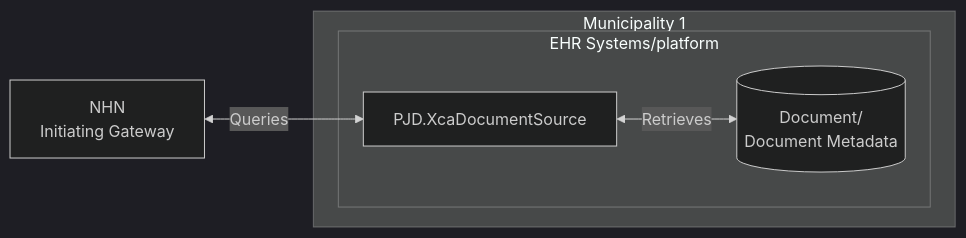
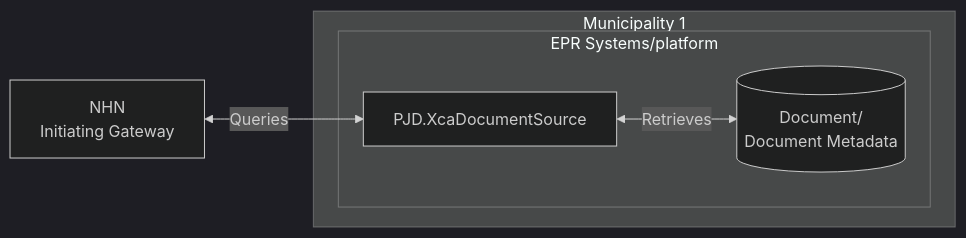
One commit to timmo-nhn/XcaDocumentSource changed the diagram in Docs/UseCases.md. Above: the diagram before and after it, drawn with Mermaid. The commit also changed other lines of this file and 33 other files, not shown here.

````diff
--- a/Docs/UseCases.md
+++ b/Docs/UseCases.md
@@ -16,15 +44,15 @@
 ```mermaid
 %%{init: {'theme':'dark'}}%%
 flowchart LR
 
 nhnxca[NHN<br>Initiating Gateway]
 
 subgraph "Municipality 1"
-    subgraph "EHR Systems/platform"
+    subgraph "EPR Systems/platform"
         xcads[PJD.XcaDocumentSource]
         regrep[(Document/<br>Document Metadata)]
     end
 end
 
 nhnxca<--Queries-->xcads<--Retrieves-->regrep
 ```
````
